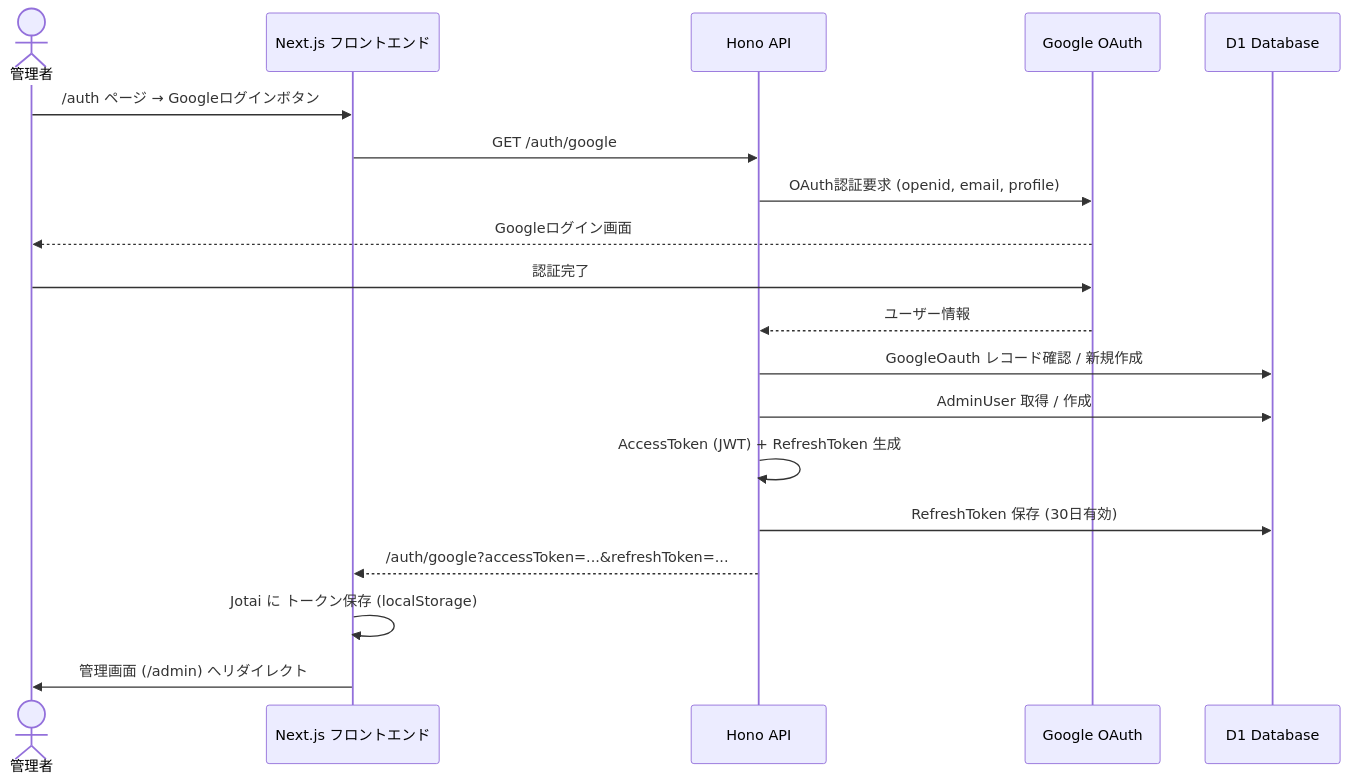
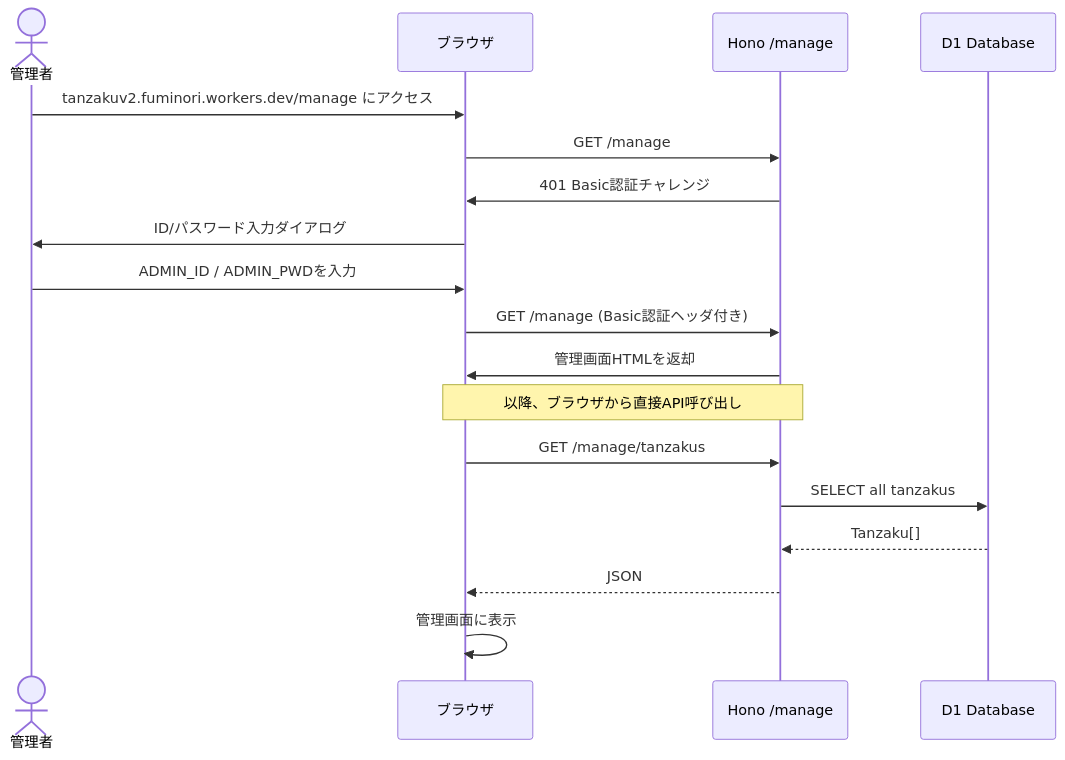
The eighth of 9 diagrams in docs/system-overview.md (itl-marubu/tanzakuv2), drawn with Mermaid before and after one commit. The commit also changed other lines of this file, not shown here.

Commit message:
docs: 管理画面の経路を正確に修正（バックエンド /manage + Basic認証）

````diff
--- a/docs/system-overview.md
+++ b/docs/system-overview.md
@@ -342,22 +380,21 @@
 ```mermaid
 sequenceDiagram
     actor Admin as 管理者
-    participant FE as Next.js フロントエンド
-    participant API as Hono API
-    participant Google as Google OAuth
+    participant Browser as ブラウザ
+    participant Hono as Hono /manage
     participant DB as D1 Database
 
-    Admin->>FE: /auth ページ → Googleログインボタン
-    FE->>API: GET /auth/google
-    API->>Google: OAuth認証要求 (openid, email, profile)
-    Google-->>Admin: Googleログイン画面
-    Admin->>Google: 認証完了
-    Google-->>API: ユーザー情報
-    API->>DB: GoogleOauth レコード確認 / 新規作成
-    API->>DB: AdminUser 取得 / 作成
-    API->>API: AccessToken (JWT) + RefreshToken 生成
-    API->>DB: RefreshToken 保存 (30日有効)
-    API-->>FE: /auth/google?accessToken=...&refreshToken=...
-    FE->>FE: Jotai に トークン保存 (localStorage)
-    FE->>Admin: 管理画面 (/admin) へリダイレクト
+    Admin->>Browser: tanzakuv2.fuminori.workers.dev/manage にアクセス
+    Browser->>Hono: GET /manage
+    Hono->>Browser: 401 Basic認証チャレンジ
+    Browser->>Admin: ID/パスワード入力ダイアログ
+    Admin->>Browser: ADMIN_ID / ADMIN_PWDを入力
+    Browser->>Hono: GET /manage (Basic認証ヘッダ付き)
+    Hono->>Browser: 管理画面HTMLを返却
+    Note over Browser,Hono: 以降、ブラウザから直接API呼び出し
+    Browser->>Hono: GET /manage/tanzakus
+    Hono->>DB: SELECT all tanzakus
+    DB-->>Hono: Tanzaku[]
+    Hono-->>Browser: JSON
+    Browser->>Browser: 管理画面に表示
 ```
````
